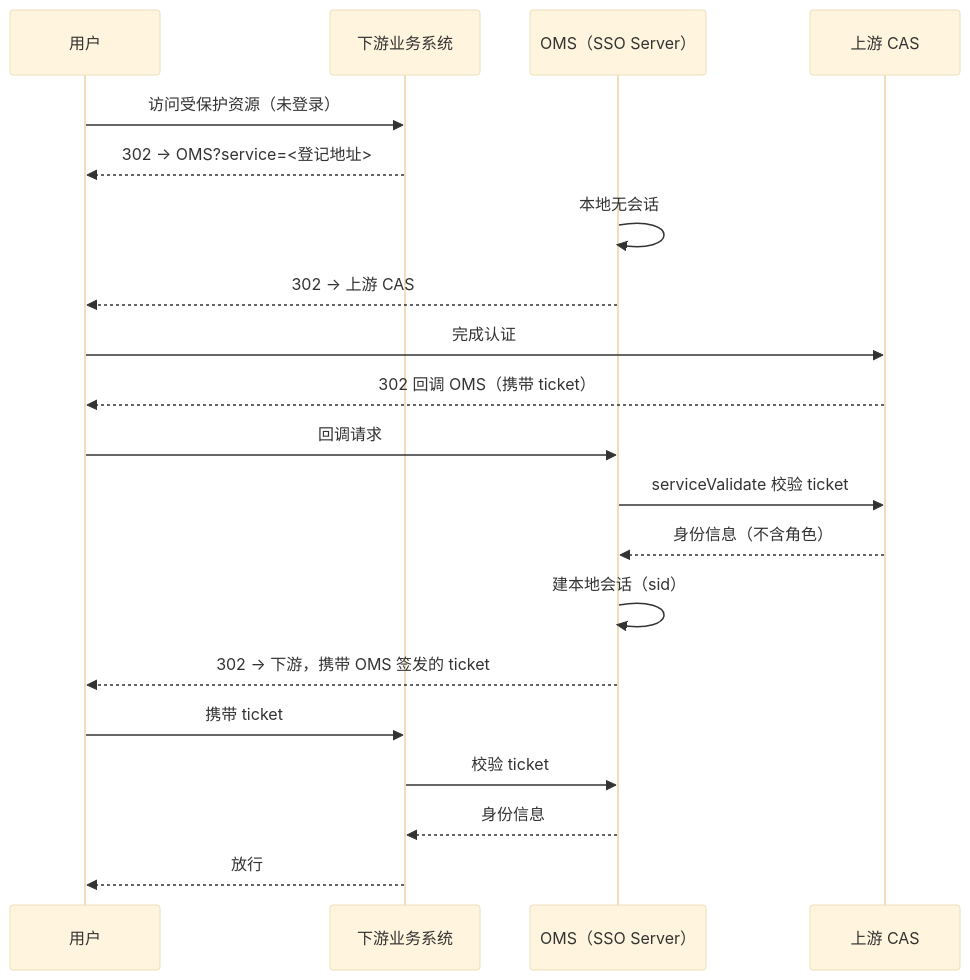
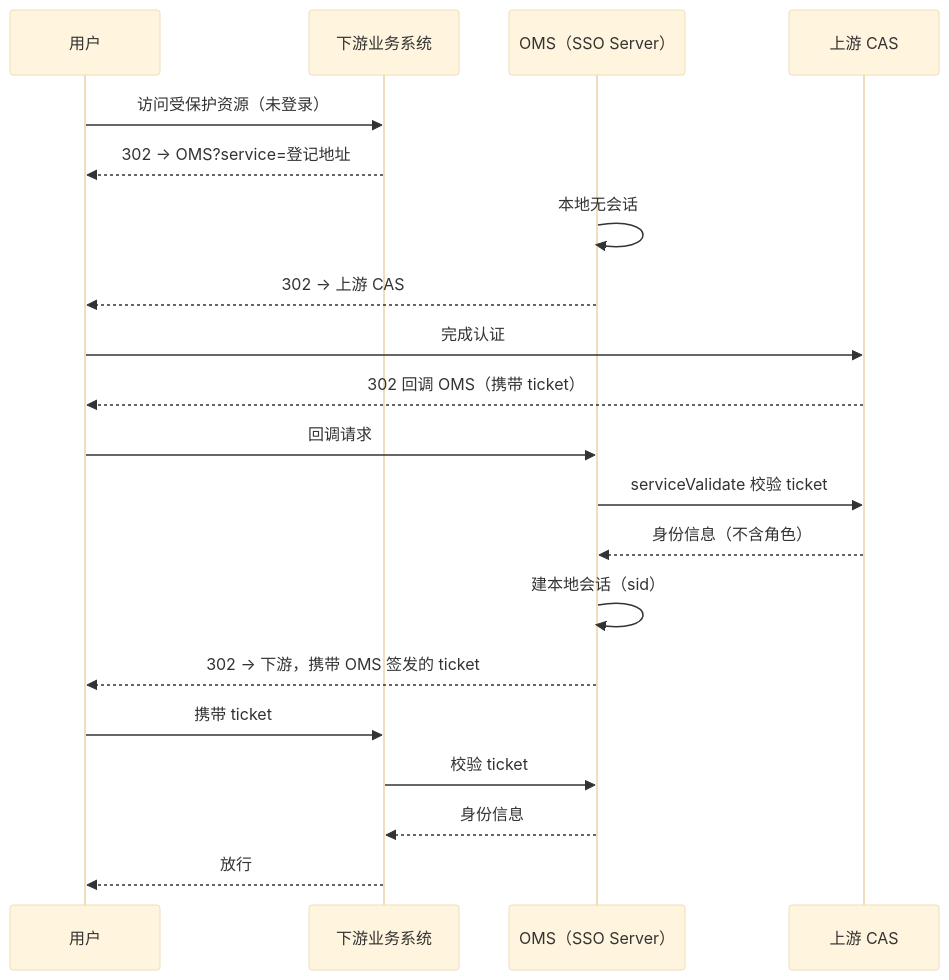
One commit to HaoruiSong622/OMS changed the eighth of 16 diagrams in design/OMS-总体设计-精炼版.md. Above: the diagram before and after it, drawn with Mermaid (base theme). The commit also changed other lines of this file, not shown here.

````diff
--- a/design/OMS-总体设计-精炼版.md
+++ b/design/OMS-总体设计-精炼版.md
@@ -566,22 +601,22 @@
 ```mermaid
 sequenceDiagram
   participant U as 用户
   participant C as 下游业务系统
   participant O as OMS（SSO Server）
   participant P as 上游 CAS
   U->>C: 访问受保护资源（未登录）
-  C-->>U: 302 → OMS?service=<登记地址>
+  C-->>U: 302 → OMS?service=登记地址
   O->>O: 本地无会话
   O-->>U: 302 → 上游 CAS
   U->>P: 完成认证
   P-->>U: 302 回调 OMS（携带 ticket）
   U->>O: 回调请求
   O->>P: serviceValidate 校验 ticket
   P-->>O: 身份信息（不含角色）
   O->>O: 建本地会话（sid）
   O-->>U: 302 → 下游，携带 OMS 签发的 ticket
   U->>C: 携带 ticket
   C->>O: 校验 ticket
   O-->>C: 身份信息
   C-->>U: 放行
 ```
````
